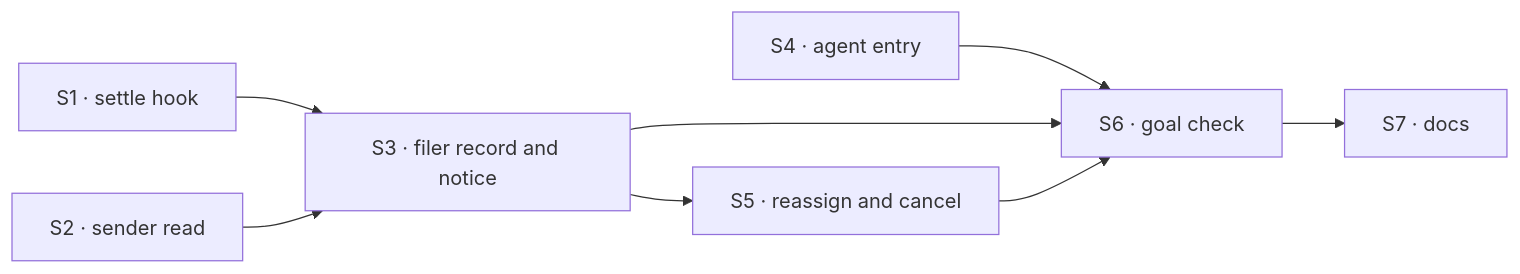
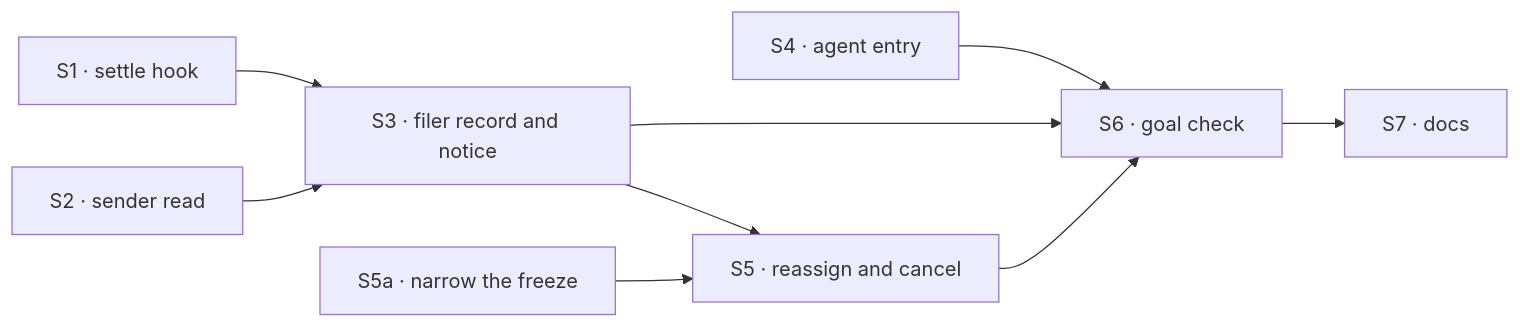
The diagram in specs/issues/FIX-1780/PLAN.md (fixpoint-labs/flow-state-dev), drawn with Mermaid before and after one commit. The commit also changed other lines of this file and 5 other files, not shown here.

````diff
--- a/specs/issues/FIX-1780/PLAN.md
+++ b/specs/issues/FIX-1780/PLAN.md
@@ -38,10 +39,11 @@
 ```mermaid
 flowchart LR
   S1["S1 · settle hook"] --> S3["S3 · filer record and notice"]
   S2["S2 · sender read"] --> S3
   S4["S4 · agent entry"] --> S6["S6 · goal check"]
   S3 --> S6
   S3 --> S5["S5 · reassign and cancel"]
+  S5a["S5a · narrow the freeze"] --> S5
   S5 --> S6
   S6 --> S7["S7 · docs"]
 ```
````
